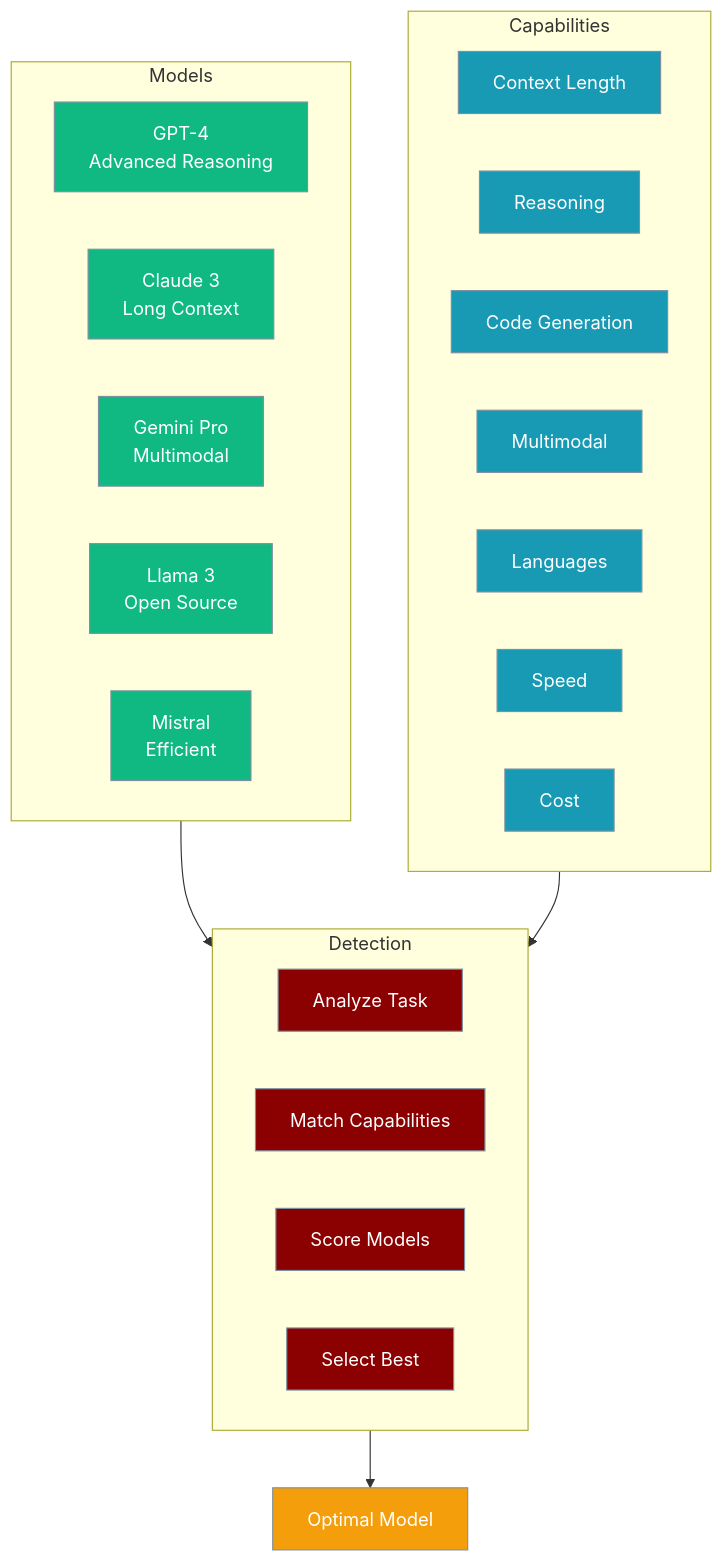
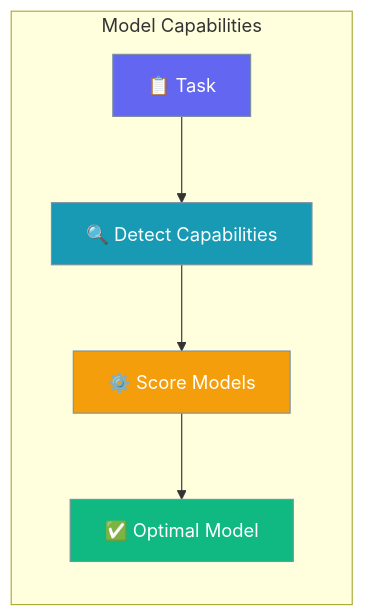
One commit to MervinPraison/PraisonAIDocs changed the first of 2 diagrams in docs/features/model-capabilities.mdx. Above: the diagram before and after it, drawn with Mermaid. The commit also changed other lines of this file and 1 other file, not shown here.

Commit message:
docs: add graph LR hero + sequenceDiagram to model-capabilities, migrate (#1675)

````diff
--- a/docs/features/model-capabilities.mdx
+++ b/docs/features/model-capabilities.mdx
@@ -17,41 +17,17 @@
 ```mermaid
-flowchart TB
-    subgraph Models
-        GPT4[GPT-4<br/>Advanced Reasoning]
-        Claude[Claude 3<br/>Long Context]
-        Gemini[Gemini Pro<br/>Multimodal]
-        Llama[Llama 3<br/>Open Source]
-        Mistral[Mistral<br/>Efficient]
+graph LR
+    subgraph "Model Capabilities"
+        Task[📋 Task] --> Detect[🔍 Detect Capabilities]
+        Detect --> Score[⚙️ Score Models]
+        Score --> Output[✅ Optimal Model]
     end
 
-    subgraph Capabilities
-        direction LR
-        C1[Context Length]
-        C2[Reasoning]
-        C3[Code Generation]
-        C4[Multimodal]
-        C5[Languages]
-        C6[Speed]
-        C7[Cost]
-    end
-
-    subgraph Detection
-        D1[Analyze Task]
-        D2[Match Capabilities]
-        D3[Score Models]
-        D4[Select Best]
-    end
-
-    Models --> Detection
-    Capabilities --> Detection
-    Detection --> Output[Optimal Model]
-
-    classDef agent fill:#8B0000,stroke:#7C90A0,color:#fff
+    classDef input fill:#6366F1,stroke:#7C90A0,color:#fff
     classDef tool fill:#189AB4,stroke:#7C90A0,color:#fff
+    classDef process fill:#F59E0B,stroke:#7C90A0,color:#fff
     classDef success fill:#10B981,stroke:#7C90A0,color:#fff
-    classDef highlight fill:#F59E0B,stroke:#7C90A0,color:#fff
-    class GPT4,Claude,Gemini,Llama,Mistral success
-    class C1,C2,C3,C4,C5,C6,C7 tool
-    class D1,D2,D3,D4 agent
-    class Output highlight
+    class Task input
+    class Detect tool
+    class Score process
+    class Output success
 ```
````
